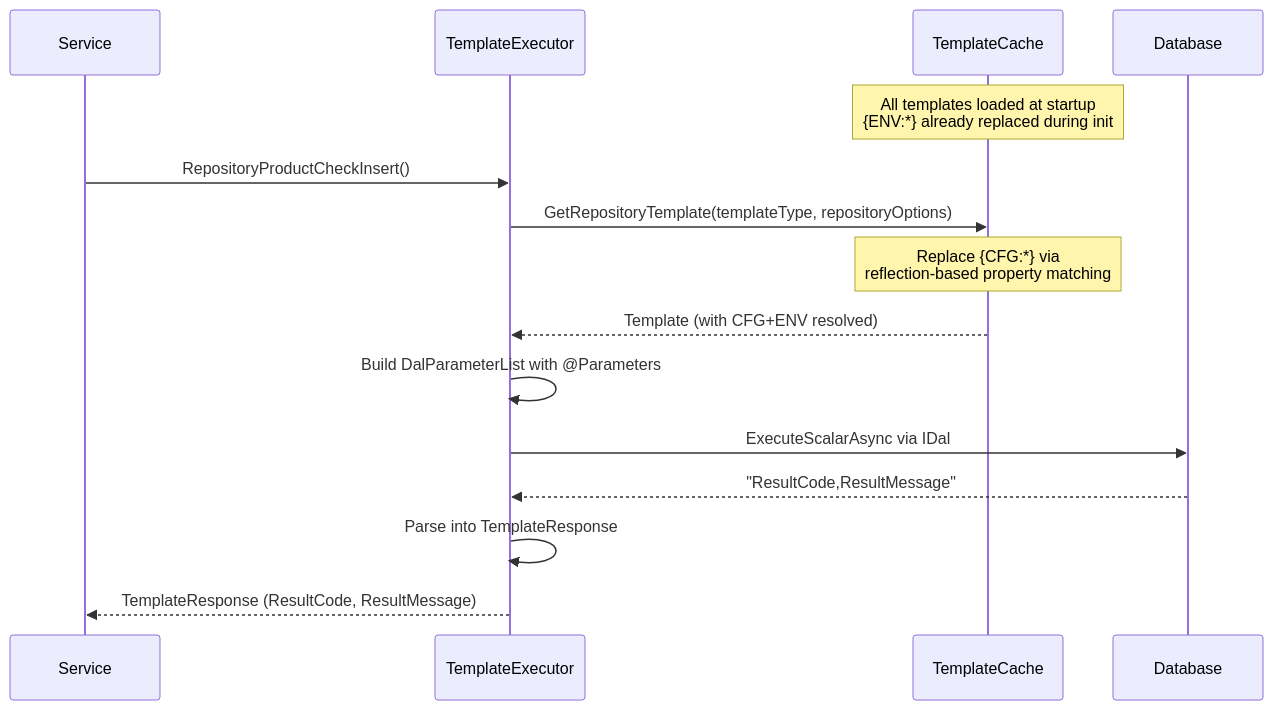
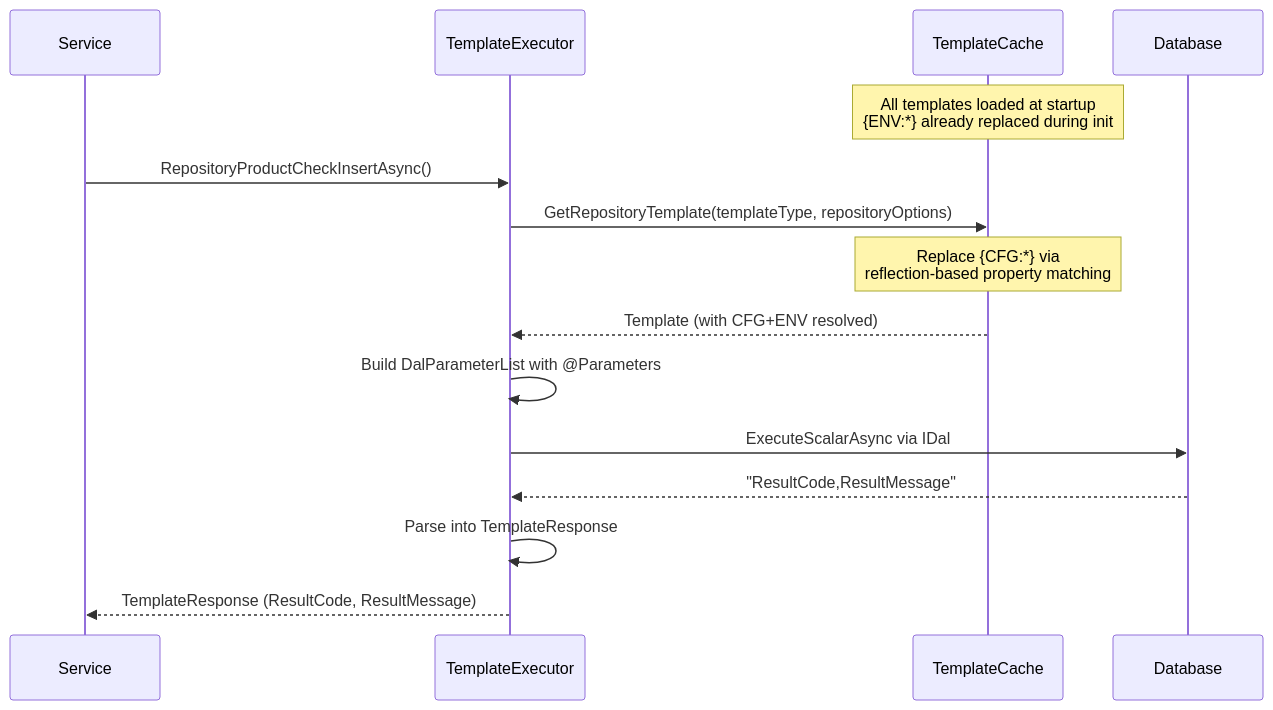
The fourth of 9 diagrams in Docs/01-architecture/data-flow.md (RAYCOON/RayMigrator), drawn with Mermaid before and after one commit. The commit also changed other lines of this file and 136 other files, not shown here.

````diff
--- a/Docs/01-architecture/data-flow.md
+++ b/Docs/01-architecture/data-flow.md
@@ -130,22 +132,22 @@
 ```mermaid
 sequenceDiagram
     participant Svc as Service
     participant Exec as TemplateExecutor
     participant Cache as TemplateCache
     participant DB as Database
 
     Note over Cache: All templates loaded at startup<br/>{ENV:*} already replaced during init
 
-    Svc->>Exec: RepositoryProductCheckInsert()
+    Svc->>Exec: RepositoryProductCheckInsertAsync()
 
     Exec->>Cache: GetRepositoryTemplate(templateType, repositoryOptions)
     Note over Cache: Replace {CFG:*} via<br/>reflection-based property matching
     Cache-->>Exec: Template (with CFG+ENV resolved)
 
     Exec->>Exec: Build DalParameterList with @Parameters
     Exec->>DB: ExecuteScalarAsync via IDal
     DB-->>Exec: "ResultCode,ResultMessage"
 
     Exec->>Exec: Parse into TemplateResponse
     Exec-->>Svc: TemplateResponse (ResultCode, ResultMessage)
 ```
````
